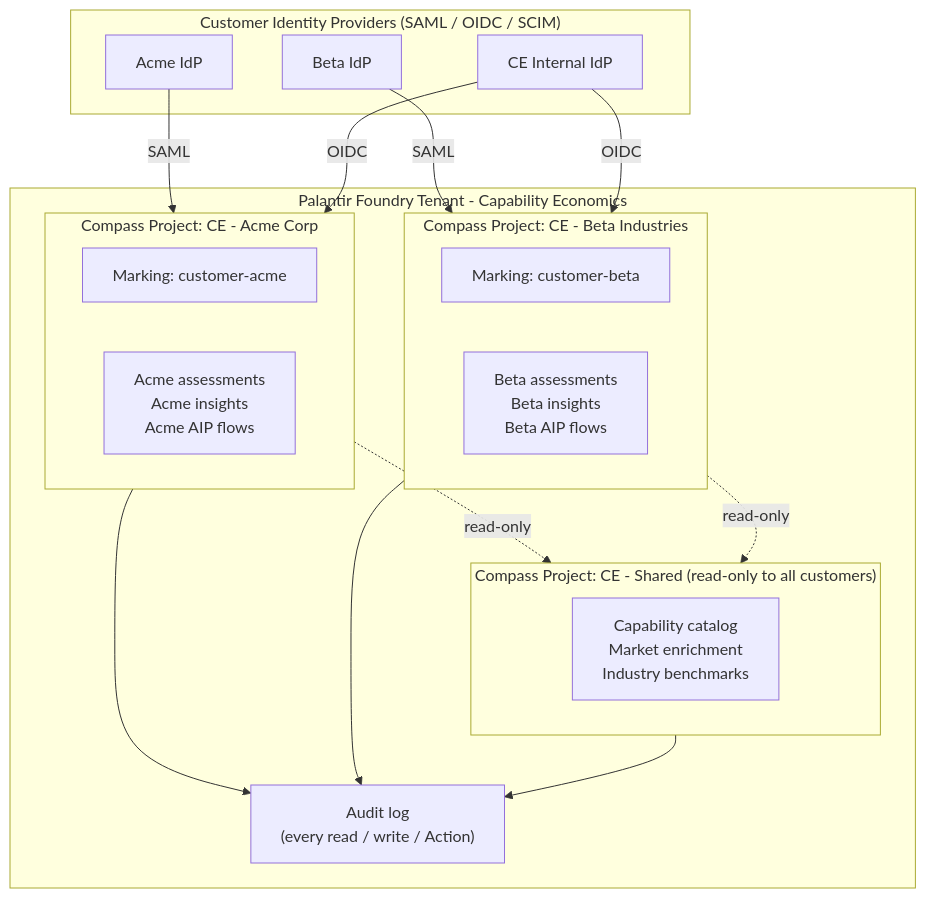
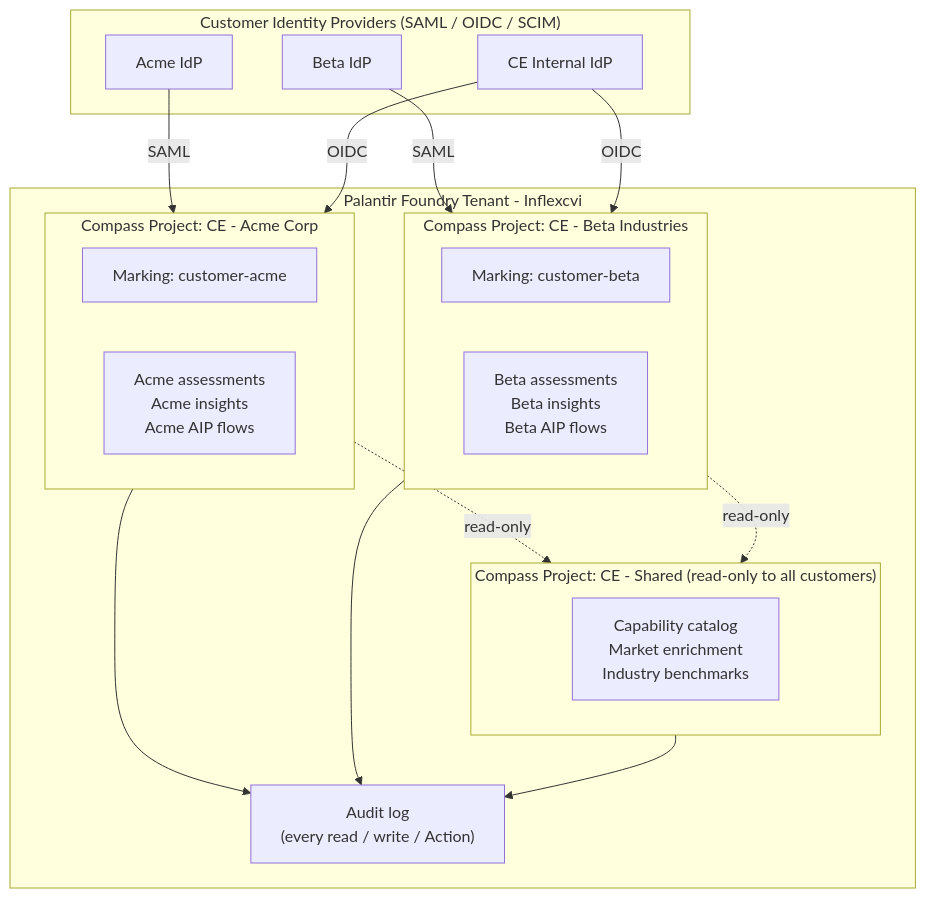
The diagram in docs/saas-multi-tenant-isolation.md (smithdouglas404/Capability-Economics-Guide), drawn with Mermaid before and after one commit. The commit also changed other lines of this file and 129 other files, not shown here.

````diff
--- a/docs/saas-multi-tenant-isolation.md
+++ b/docs/saas-multi-tenant-isolation.md
@@ -36,38 +36,38 @@
 ```mermaid
 flowchart TB
     subgraph IDP["Customer Identity Providers (SAML / OIDC / SCIM)"]
         IDPA["Acme IdP"]
         IDPB["Beta IdP"]
         IDPCE["CE Internal IdP"]
     end
 
-    subgraph FOUNDRY["Palantir Foundry Tenant - Capability Economics"]
+    subgraph FOUNDRY["Palantir Foundry Tenant - Inflexcvi"]
         subgraph SHARED["Compass Project: CE - Shared (read-only to all customers)"]
             SHAREDOBJ["Capability catalog<br/>Market enrichment<br/>Industry benchmarks"]
         end
 
         subgraph ACME["Compass Project: CE - Acme Corp"]
             ACMEMARK["Marking: customer-acme"]
             ACMEDATA["Acme assessments<br/>Acme insights<br/>Acme AIP flows"]
         end
 
         subgraph BETA["Compass Project: CE - Beta Industries"]
             BETAMARK["Marking: customer-beta"]
             BETADATA["Beta assessments<br/>Beta insights<br/>Beta AIP flows"]
         end
 
         AUDIT["Audit log<br/>(every read / write / Action)"]
     end
 
     IDPA -->|SAML| ACME
     IDPB -->|SAML| BETA
     IDPCE -->|OIDC| ACME
     IDPCE -->|OIDC| BETA
 
     ACME -.read-only.-> SHARED
     BETA -.read-only.-> SHARED
 
     ACME --> AUDIT
     BETA --> AUDIT
     SHARED --> AUDIT
 ```
````
